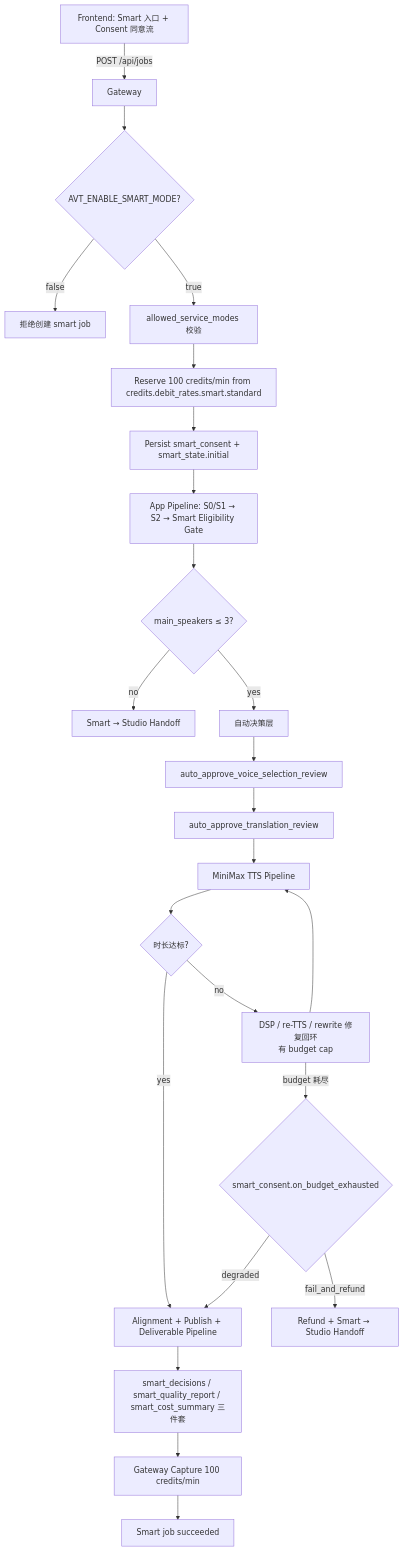
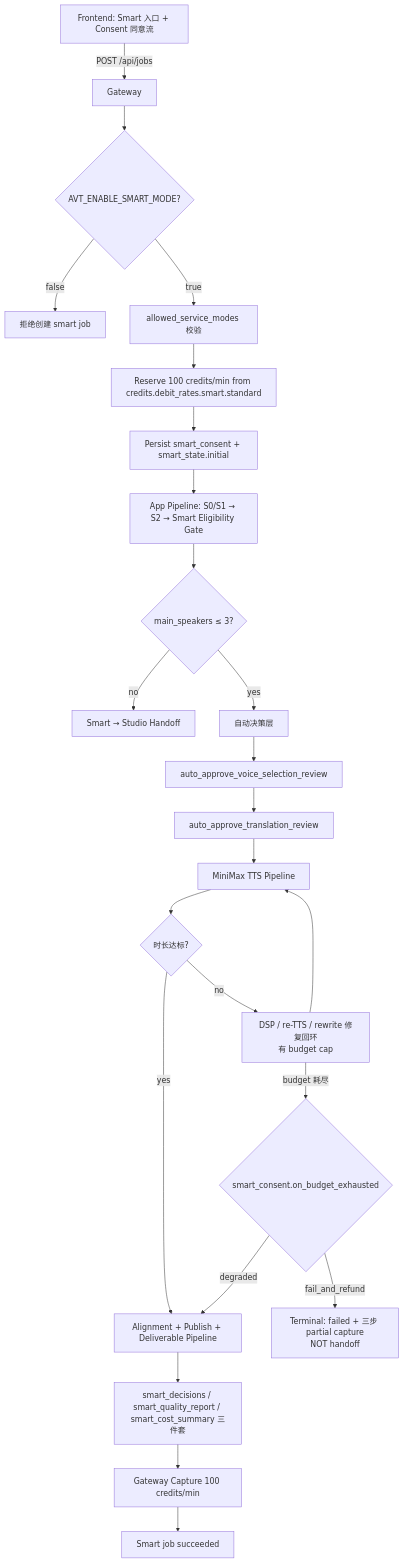
The diagram in docs/plans/2026-05-13-smart-mvp-p2-implementation-plan.md (sun9bear/AITransVideo), drawn with Mermaid before and after one commit. The commit also changed other lines of this file and 12 other files, not shown here.

````diff
--- a/docs/plans/2026-05-13-smart-mvp-p2-implementation-plan.md
+++ b/docs/plans/2026-05-13-smart-mvp-p2-implementation-plan.md
@@ -60,26 +60,26 @@
 ```mermaid
 graph TD
     UI[Frontend: Smart 入口 + Consent 同意流] -->|POST /api/jobs| GW[Gateway]
     GW --> KS{AVT_ENABLE_SMART_MODE?}
     KS -->|false| Reject[拒绝创建 smart job]
     KS -->|true| Allow[allowed_service_modes 校验]
     Allow --> Reserve[Reserve 100 credits/min from credits.debit_rates.smart.standard]
     Reserve --> Persist[Persist smart_consent + smart_state.initial]
     Persist --> Pipeline[App Pipeline: S0/S1 → S2 → Smart Eligibility Gate]
     Pipeline --> Gate{main_speakers ≤ 3?}
     Gate -->|no| Downgrade[Smart → Studio Handoff]
     Gate -->|yes| AutoLayer[自动决策层]
     AutoLayer --> AutoVoice[auto_approve_voice_selection_review]
     AutoVoice --> AutoTrans[auto_approve_translation_review]
     AutoTrans --> TTS[MiniMax TTS Pipeline]
     TTS --> DurCheck{时长达标?}
     DurCheck -->|no| Repair[DSP / re-TTS / rewrite 修复回环<br/>有 budget cap]
     Repair --> TTS
     DurCheck -->|yes| AlignDeliver[Alignment + Publish + Deliverable Pipeline]
     Repair -->|budget 耗尽| BudgetPolicy{smart_consent.on_budget_exhausted}
     BudgetPolicy -->|degraded| AlignDeliver
-    BudgetPolicy -->|fail_and_refund| Refund[Refund + Smart → Studio Handoff]
+    BudgetPolicy -->|fail_and_refund| TerminalRefund[Terminal: failed + 三步 partial capture<br/>NOT handoff]
     AlignDeliver --> Emitters[smart_decisions / smart_quality_report / smart_cost_summary 三件套]
     Emitters --> Capture[Gateway Capture 100 credits/min]
     Capture --> Done[Smart job succeeded]
 ```
````
